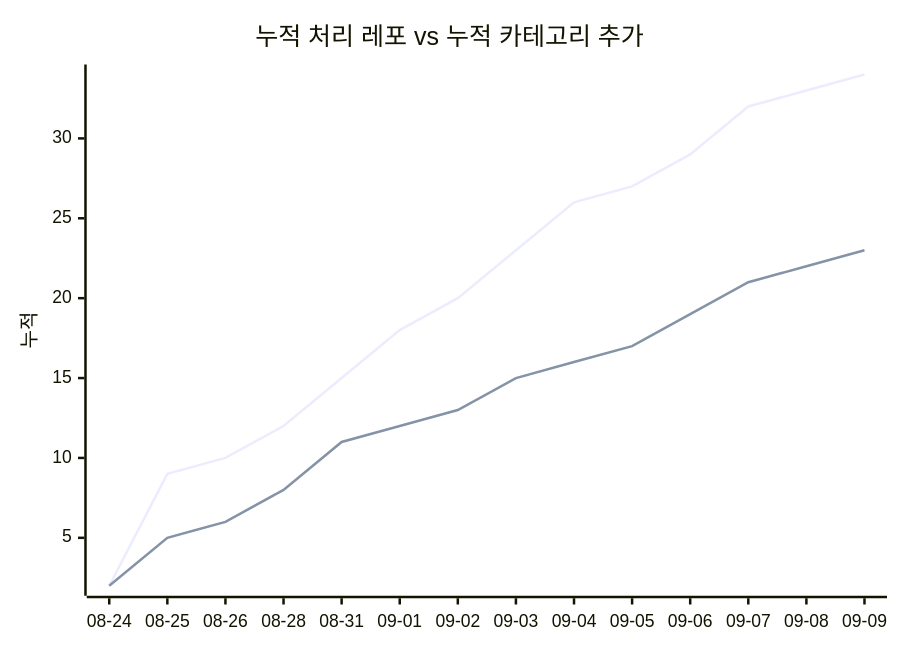
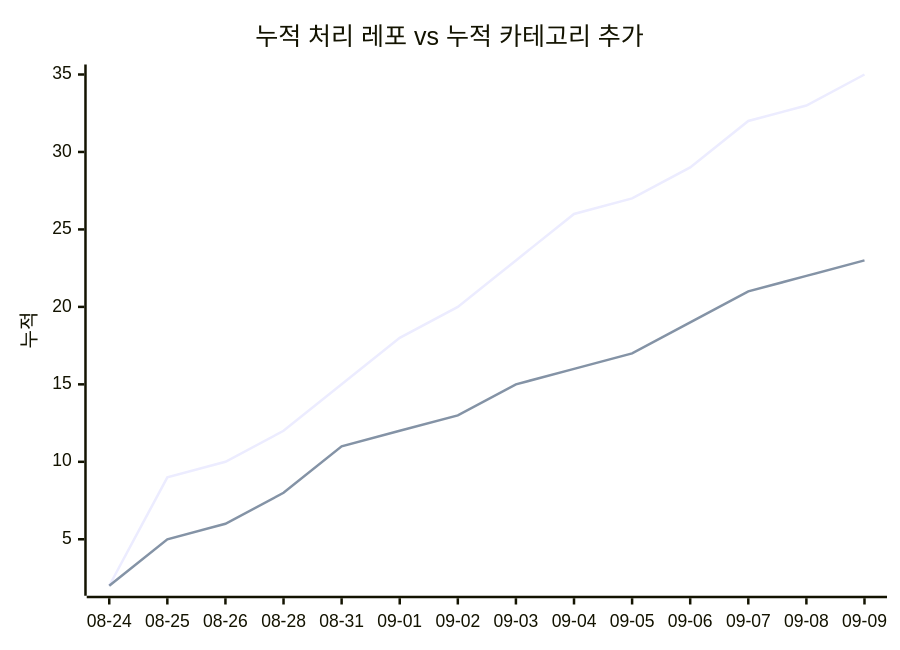
One commit to J-nowcow/awesome-korean-agent-skills changed the second of 2 diagrams in docs/trends.md. Above: the diagram before and after it, drawn with Mermaid. The commit also changed other lines of this file and 2 other files, not shown here.

````diff
--- a/docs/trends.md
+++ b/docs/trends.md
@@ -68,8 +68,8 @@
 ```mermaid
 xychart-beta
     title "누적 처리 레포 vs 누적 카테고리 추가"
     x-axis ["08-24","08-25","08-26","08-28","08-31","09-01","09-02","09-03","09-04","09-05","09-06","09-07","09-08","09-09"]
     y-axis "누적"
-    line [2,9,10,12,15,18,20,23,26,27,29,32,33,34]
+    line [2,9,10,12,15,18,20,23,26,27,29,32,33,35]
     line [2,5,6,8,11,12,13,15,16,17,19,21,22,23]
 ```
````
